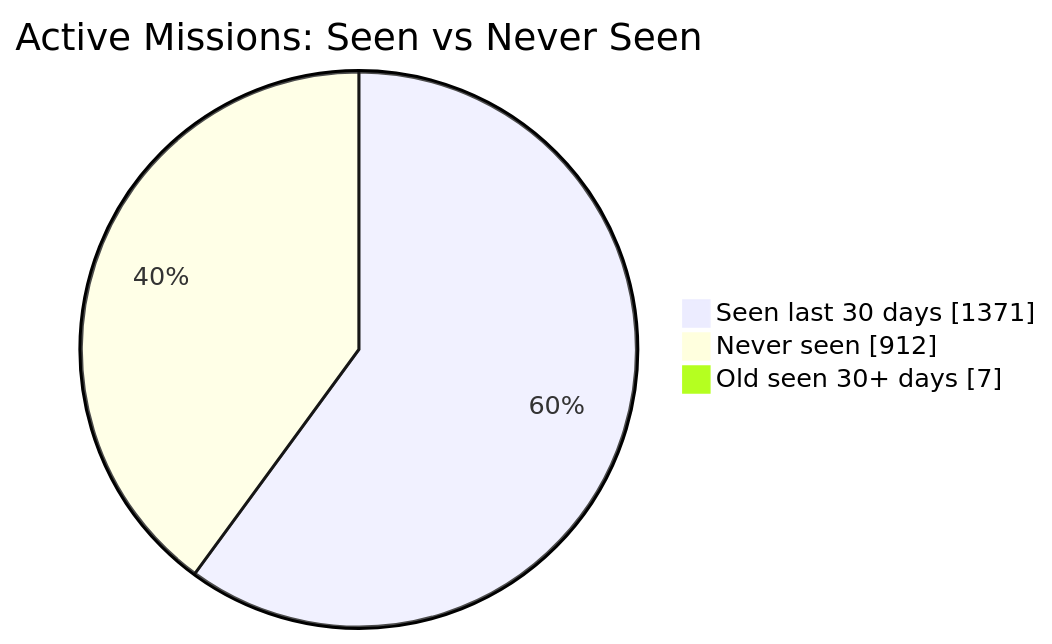
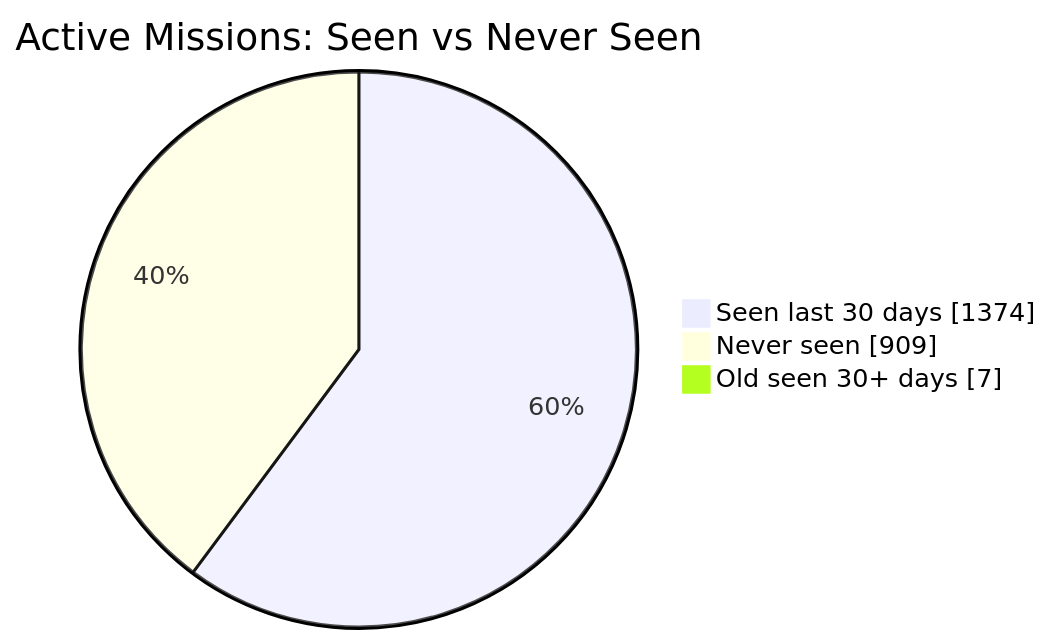
One commit to MeldkamerspelGameTeam/active-missions changed the first of 2 diagrams in README.md. Above: the diagram before and after it, drawn with Mermaid. The commit also changed other lines of this file and 3 other files, not shown here.

````diff
--- a/README.md
+++ b/README.md
@@ -34,7 +34,7 @@
 ```mermaid
 pie showData
     title Active Missions: Seen vs Never Seen
-    "Seen last 30 days" : 1371
-    "Never seen" : 912
+    "Seen last 30 days" : 1374
+    "Never seen" : 909
     "Old seen 30+ days" : 7
 ```
````
